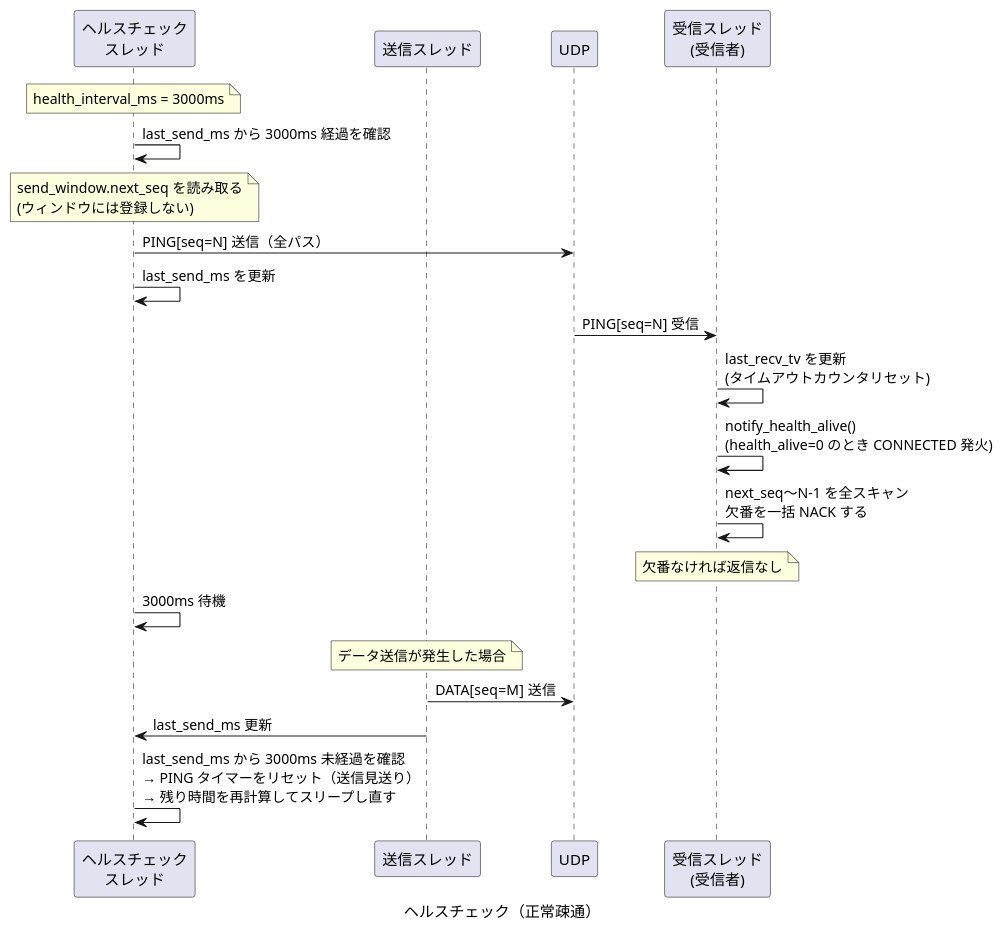
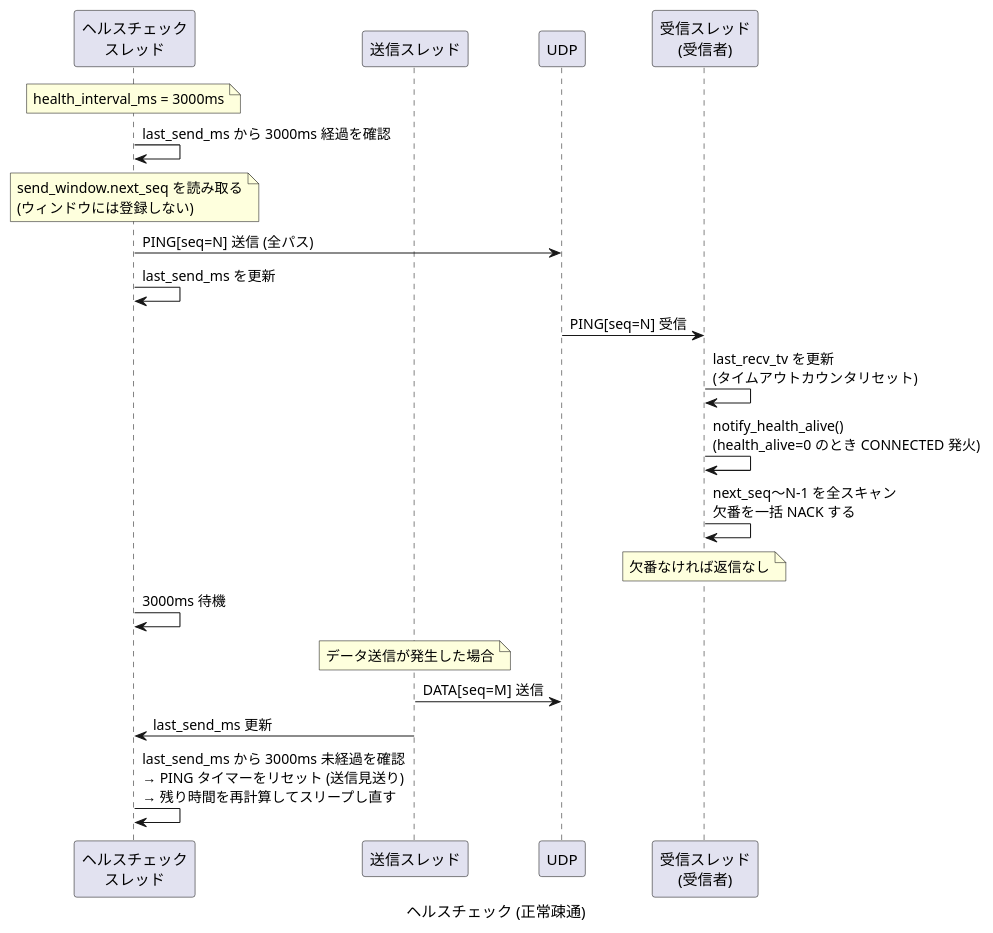
Before and after one commit to Hondarer/c-modernization-kit: the eighth of 12 diagrams in prod/porter/docs/sequence.md, drawn with PlantUML. The commit also changed other lines of this file and 5 other files, not shown here.

````diff
--- a/prod/porter/docs/sequence.md
+++ b/prod/porter/docs/sequence.md
@@ -277,33 +277,33 @@
 ```plantuml
-@startuml ヘルスチェック（正常疎通）
-caption ヘルスチェック（正常疎通）
+@startuml ヘルスチェック (正常疎通)
+caption ヘルスチェック (正常疎通)
 
 participant "ヘルスチェック\nスレッド" as HT
 participant "送信スレッド" as ST
 participant "UDP" as UDP
 participant "受信スレッド\n(受信者)" as RRT
 
 note over HT: health_interval_ms = 3000ms
 
 HT -> HT: last_send_ms から 3000ms 経過を確認
 note over HT: send_window.next_seq を読み取る\n(ウィンドウには登録しない)
-HT -> UDP: PING[seq=N] 送信（全パス）
+HT -> UDP: PING[seq=N] 送信 (全パス)
 HT -> HT: last_send_ms を更新
 
 UDP -> RRT: PING[seq=N] 受信
 RRT -> RRT: last_recv_tv を更新\n(タイムアウトカウンタリセット)
 RRT -> RRT: notify_health_alive()\n(health_alive=0 のとき CONNECTED 発火)
 RRT -> RRT: next_seq〜N-1 を全スキャン\n欠番を一括 NACK する
 note over RRT: 欠番なければ返信なし
 
 HT -> HT: 3000ms 待機
 
 note over ST: データ送信が発生した場合
 
 ST -> UDP: DATA[seq=M] 送信
 ST -> HT: last_send_ms 更新
 
-HT -> HT: last_send_ms から 3000ms 未経過を確認\n→ PING タイマーをリセット（送信見送り）\n→ 残り時間を再計算してスリープし直す
+HT -> HT: last_send_ms から 3000ms 未経過を確認\n→ PING タイマーをリセット (送信見送り) \n→ 残り時間を再計算してスリープし直す
 
 @enduml
 ```
````
